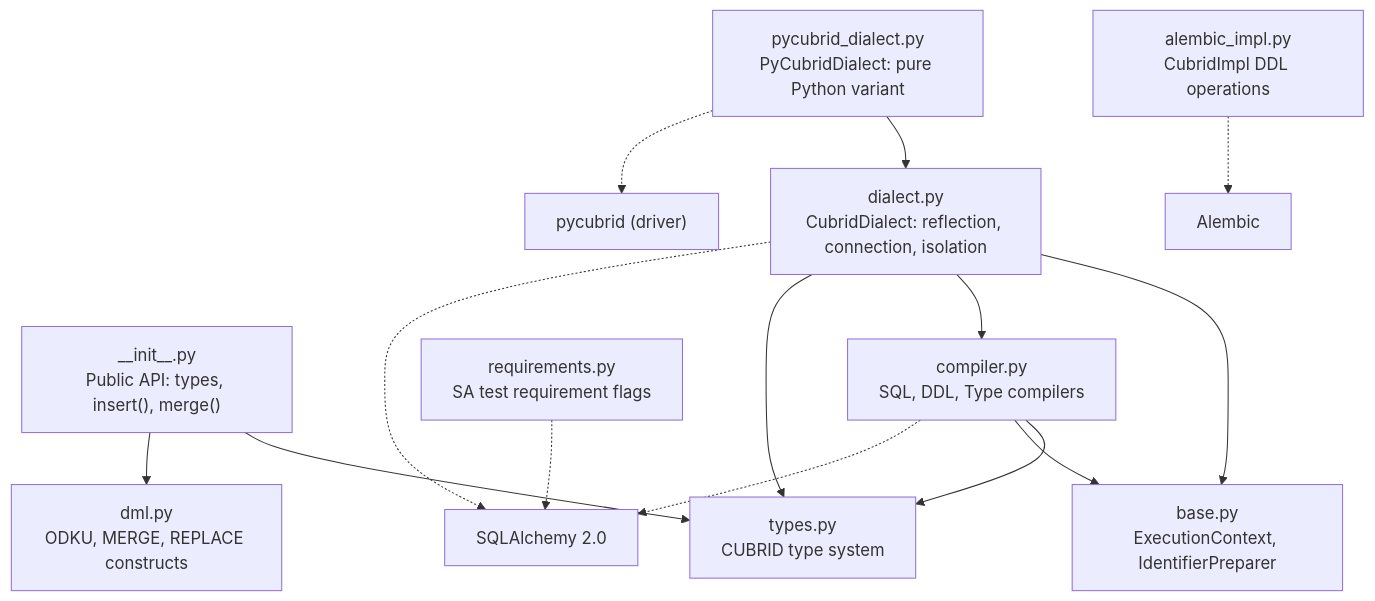
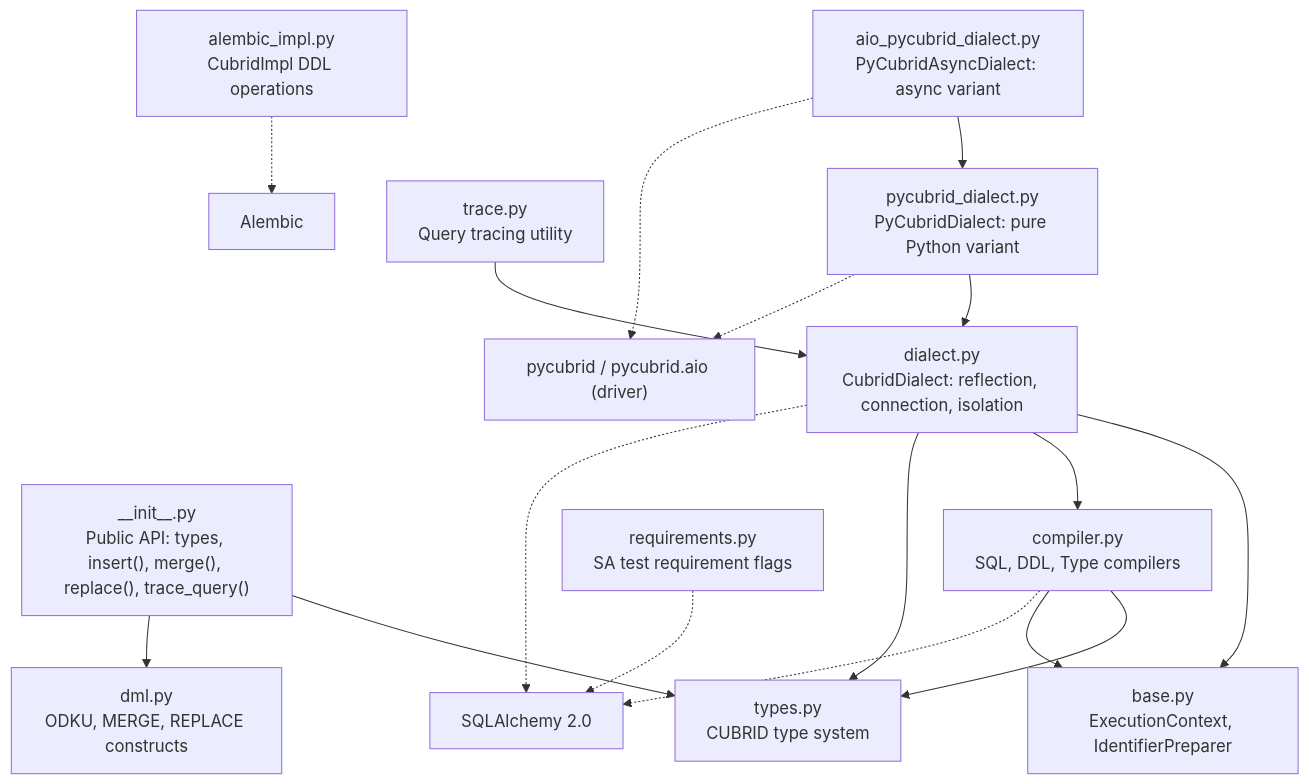
One commit to cubrid-labs/sqlalchemy-cubrid changed the fourth of 6 diagrams in docs/ARCHITECTURE.md. Above: the diagram before and after it, drawn with Mermaid. The commit also changed other lines of this file and 17 other files, not shown here.

````diff
--- a/docs/ARCHITECTURE.md
+++ b/docs/ARCHITECTURE.md
@@ -122,32 +122,37 @@
 ```mermaid
 flowchart TD
-    init["__init__.py<br/>Public API: types, insert(), merge()"]
+    init["__init__.py<br/>Public API: types, insert(), merge(), replace(), trace_query()"]
     dialect["dialect.py<br/>CubridDialect: reflection, connection, isolation"]
     pycubrid_d["pycubrid_dialect.py<br/>PyCubridDialect: pure Python variant"]
+    aio_pycubrid_d["aio_pycubrid_dialect.py<br/>PyCubridAsyncDialect: async variant"]
     compiler["compiler.py<br/>SQL, DDL, Type compilers"]
     base["base.py<br/>ExecutionContext, IdentifierPreparer"]
     dml["dml.py<br/>ODKU, MERGE, REPLACE constructs"]
     types["types.py<br/>CUBRID type system"]
+    trace_mod["trace.py<br/>Query tracing utility"]
     req["requirements.py<br/>SA test requirement flags"]
     alembic_mod["alembic_impl.py<br/>CubridImpl DDL operations"]
     
     init --> types
     init --> dml
     dialect --> base
     dialect --> compiler
     dialect --> types
     pycubrid_d --> dialect
+    aio_pycubrid_d --> pycubrid_d
     compiler --> types
     compiler --> base
+    trace_mod --> dialect
     
     %% External dependencies
     sa["SQLAlchemy 2.0"]
-    pycubrid_pkg["pycubrid (driver)"]
+    pycubrid_pkg["pycubrid / pycubrid.aio (driver)"]
     alembic_pkg["Alembic"]
     
     dialect -.-> sa
     pycubrid_d -.-> pycubrid_pkg
+    aio_pycubrid_d -.-> pycubrid_pkg
     compiler -.-> sa
     alembic_mod -.-> alembic_pkg
     req -.-> sa
 ```
````
